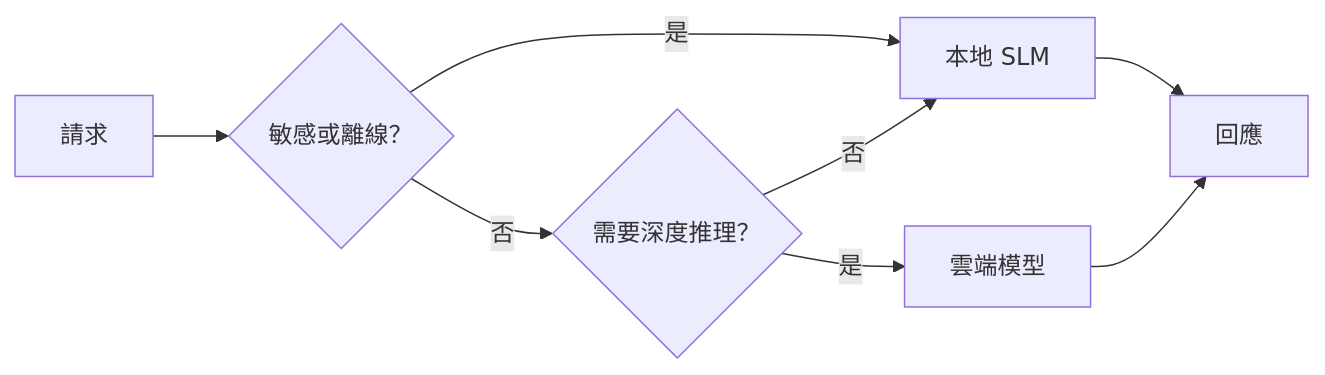
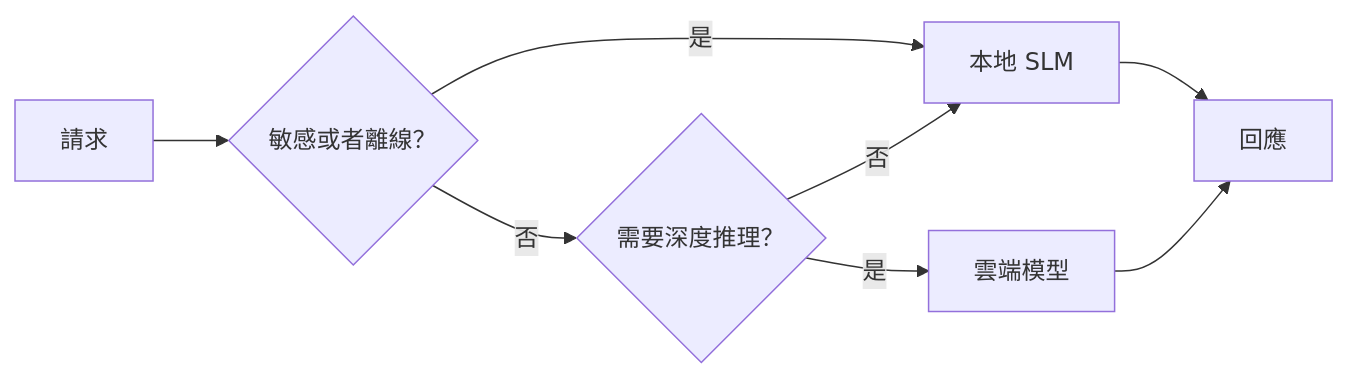
One commit to microsoft/ai-agents-for-beginners changed the fourth of 4 diagrams in translations/zh-MO/17-creating-local-ai-agents/README.md. Above: the diagram before and after it, drawn with Mermaid. The commit also changed other lines of this file and 44 other files, not shown here.

````diff
--- a/translations/zh-MO/17-creating-local-ai-agents/README.md
+++ b/translations/zh-MO/17-creating-local-ai-agents/README.md
@@ -156,10 +156,10 @@
 ```mermaid
 flowchart LR
-    Q[請求] --> S{敏感或離線？}
+    Q[請求] --> S{敏感或者離線？}
     S -->|是| L[本地 SLM]
     S -->|否| C{需要深度推理？}
     C -->|否| L
     C -->|是| Cloud[雲端模型]
     L --> Out[回應]
     Cloud --> Out
 ```
````
